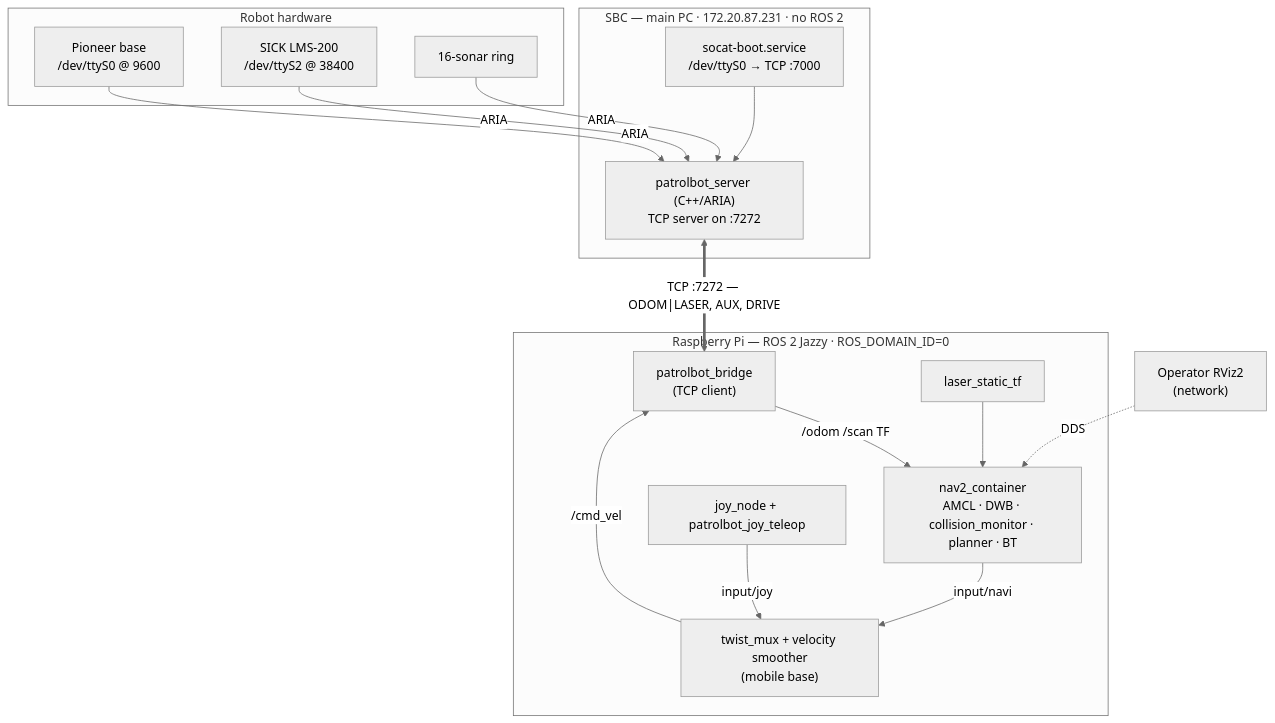
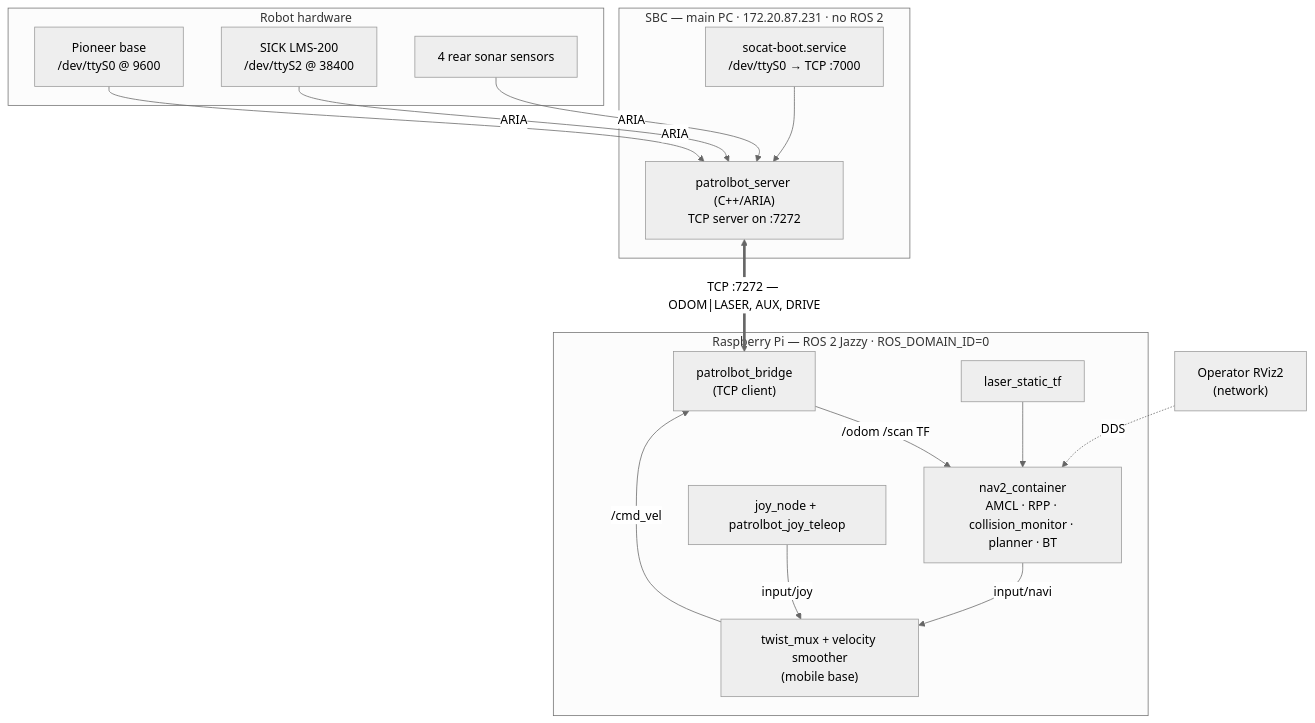
One commit to cmu-impactlab/patrolbot changed the first of 2 diagrams in docs/architecture/overview.md. Above: the diagram before and after it, drawn with Mermaid (neutral theme). The commit also changed other lines of this file and 7 other files, not shown here.

````diff
--- a/docs/architecture/overview.md
+++ b/docs/architecture/overview.md
@@ -42,34 +42,34 @@
 ```mermaid
 flowchart TB
     subgraph SBC["SBC — main PC · 172.20.87.231 · no ROS 2"]
         SOCAT["socat-boot.service\n/dev/ttyS0 → TCP :7000"]
         SERVER["patrolbot_server (C++/ARIA)\nTCP server on :7272"]
         SOCAT --> SERVER
     end
 
     subgraph HW["Robot hardware"]
         BASE["Pioneer base\n/dev/ttyS0 @ 9600"]
         LASER["SICK LMS-200\n/dev/ttyS2 @ 38400"]
-        SONAR["16-sonar ring"]
+        SONAR["4 rear sonar sensors"]
     end
 
     BASE -- ARIA --> SERVER
     LASER -- ARIA --> SERVER
     SONAR -- ARIA --> SERVER
 
     subgraph PI["Raspberry Pi — ROS 2 Jazzy · ROS_DOMAIN_ID=0"]
         BRIDGE["patrolbot_bridge\n(TCP client)"]
-        NAVCON["nav2_container\nAMCL · DWB · collision_monitor · planner · BT"]
+        NAVCON["nav2_container\nAMCL · RPP · collision_monitor · planner · BT"]
         MUX["twist_mux + velocity smoother\n(mobile base)"]
         JOY["joy_node + patrolbot_joy_teleop"]
         TF["laser_static_tf"]
         BRIDGE -->|"/odom /scan TF"| NAVCON
         TF --> NAVCON
         NAVCON -->|"input/navi"| MUX
         JOY -->|"input/joy"| MUX
         MUX -->|"/cmd_vel"| BRIDGE
     end
 
     SERVER <==>|"TCP :7272 — ODOM|LASER, AUX, DRIVE"| BRIDGE
     OP["Operator RViz2\n(network)"] -.->|"DDS"| NAVCON
 ```
````
